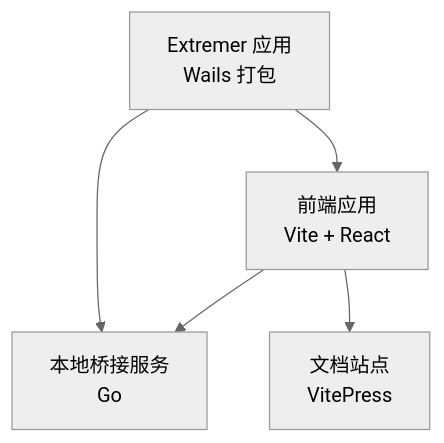
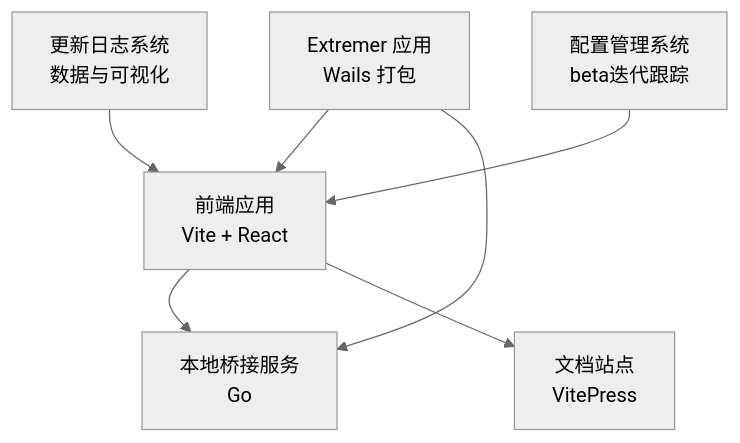
The first of 3 diagrams in .qoder/repowiki/zh/content/开发者指南/部署与发布/部署与发布.md (kqcoxn/MaaPipelineEditor), drawn with Mermaid (neutral theme) before and after one commit. The commit also changed other lines of this file and 50 other files, not shown here.

````diff
--- a/.qoder/repowiki/zh/content/开发者指南/部署与发布/部署与发布.md
+++ b/.qoder/repowiki/zh/content/开发者指南/部署与发布/部署与发布.md
@@ -43,7 +74,9 @@
 ```mermaid
 graph TB
 FE["前端应用<br/>Vite + React"] --> LB["本地桥接服务<br/>Go"]
 FE --> DOC["文档站点<br/>VitePress"]
 EXT["Extremer 应用<br/>Wails 打包"] --> FE
 EXT --> LB
+UL["更新日志系统<br/>数据与可视化"] --> FE
+CS["配置管理系统<br/>beta迭代跟踪"] --> FE
 ```
````
